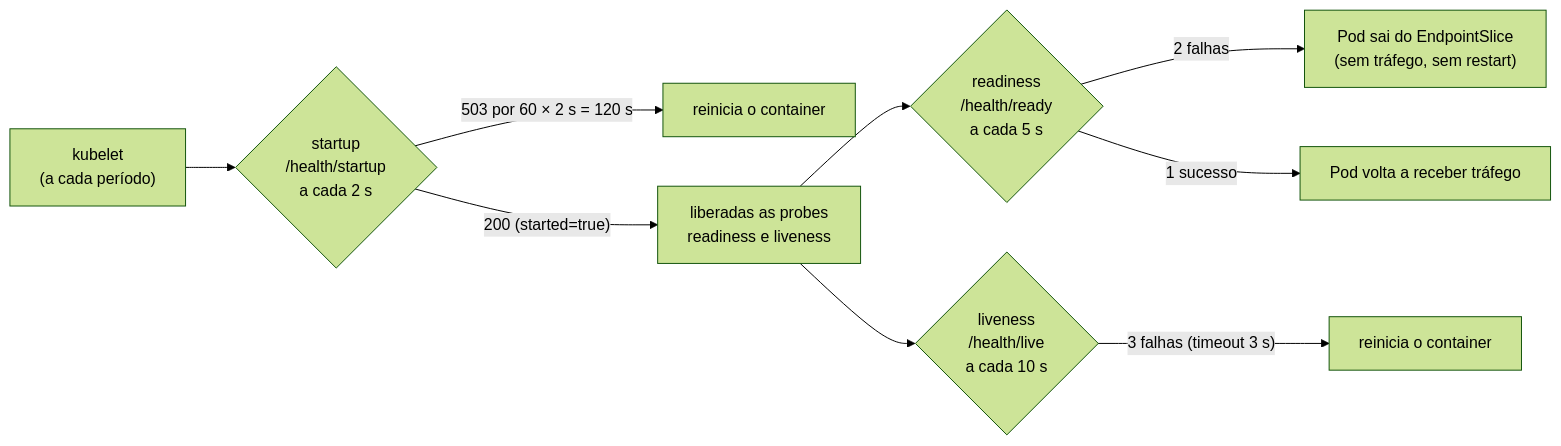
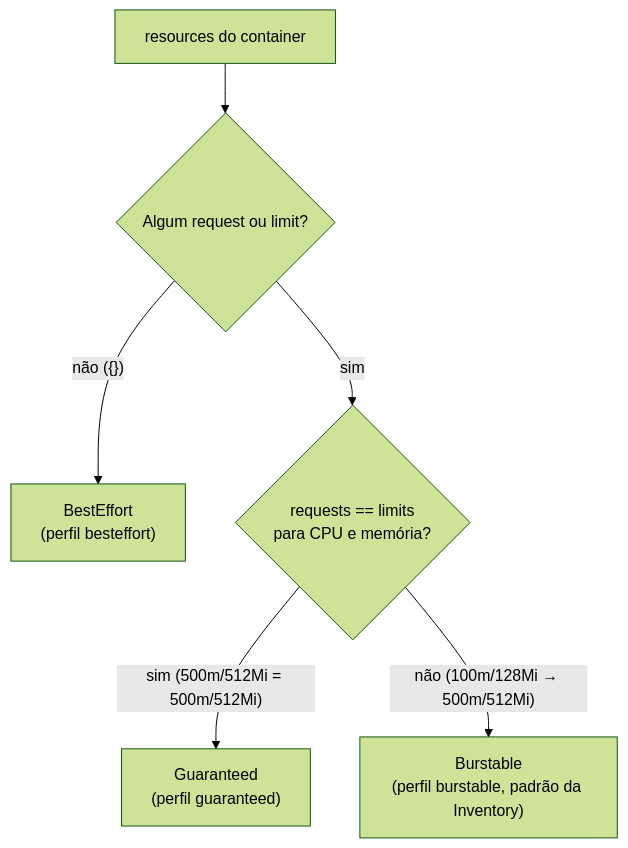
Before and after one commit to opsteam-sreday/workshop-k8s-reliability: the second of 5 diagrams in labs/lab-05/README.md, drawn with Mermaid (forest theme). The commit also changed other lines of this file and 42 other files, not shown here.

First line of the commit message:
Reorder labs: pod lifecycle first, then scheduling, resources, scaling and dependencies

````diff
--- a/labs/lab-05/README.md
+++ b/labs/lab-05/README.md
@@ -19,11 +88,8 @@
 ```mermaid
-flowchart LR
-    K["kubelet<br/>(a cada período)"] --> S{"startup<br/>/health/startup<br/>a cada 2 s"}
-    S -- "503 por 60 × 2 s = 120 s" --> R1["reinicia o container"]
-    S -- "200 (started=true)" --> P["liberadas as probes<br/>readiness e liveness"]
-    P --> RD{"readiness<br/>/health/ready<br/>a cada 5 s"}
-    P --> LV{"liveness<br/>/health/live<br/>a cada 10 s"}
-    RD -- "2 falhas" --> EP["Pod sai do EndpointSlice<br/>(sem tráfego, sem restart)"]
-    RD -- "1 sucesso" --> IN["Pod volta a receber tráfego"]
-    LV -- "3 falhas (timeout 3 s)" --> R2["reinicia o container"]
+flowchart TD
+    R["resources do container"] --> Q1{"Algum request ou limit?"}
+    Q1 -- "não ({})" --> BE["BestEffort<br/>(perfil besteffort)"]
+    Q1 -- sim --> Q2{"requests == limits<br/>para CPU e memória?"}
+    Q2 -- "sim (500m/512Mi = 500m/512Mi)" --> G["Guaranteed<br/>(perfil guaranteed)"]
+    Q2 -- "não (100m/128Mi → 500m/512Mi)" --> BU["Burstable<br/>(perfil burstable, padrão da Inventory)"]
 ```
````
